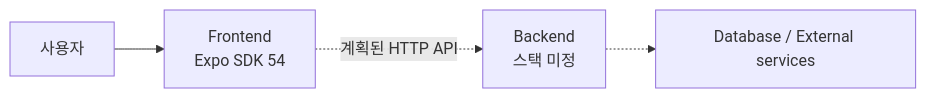
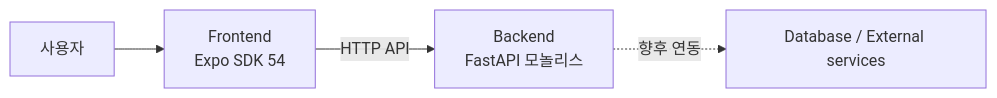
Before and after one commit to kimjiwoo2/Codex-Hackathon: the diagram in docs/architecture.md, drawn with Mermaid. The commit also changed other lines of this file and 11 other files, not shown here.

First line of the commit message:
feat(backend): 데모 백엔드 모놀리스 구성

````diff
--- a/docs/architecture.md
+++ b/docs/architecture.md
@@ -8,6 +8,6 @@
 ```mermaid
 flowchart LR
   U["사용자"] --> F["Frontend<br>Expo SDK 54"]
-  F -. "계획된 HTTP API" .-> B["Backend<br>스택 미정"]
-  B -.-> E["Database / External services"]
+  F -->|HTTP API| B["Backend<br>FastAPI 모놀리스"]
+  B -. "향후 연동" .-> E["Database / External services"]
 ```
````
